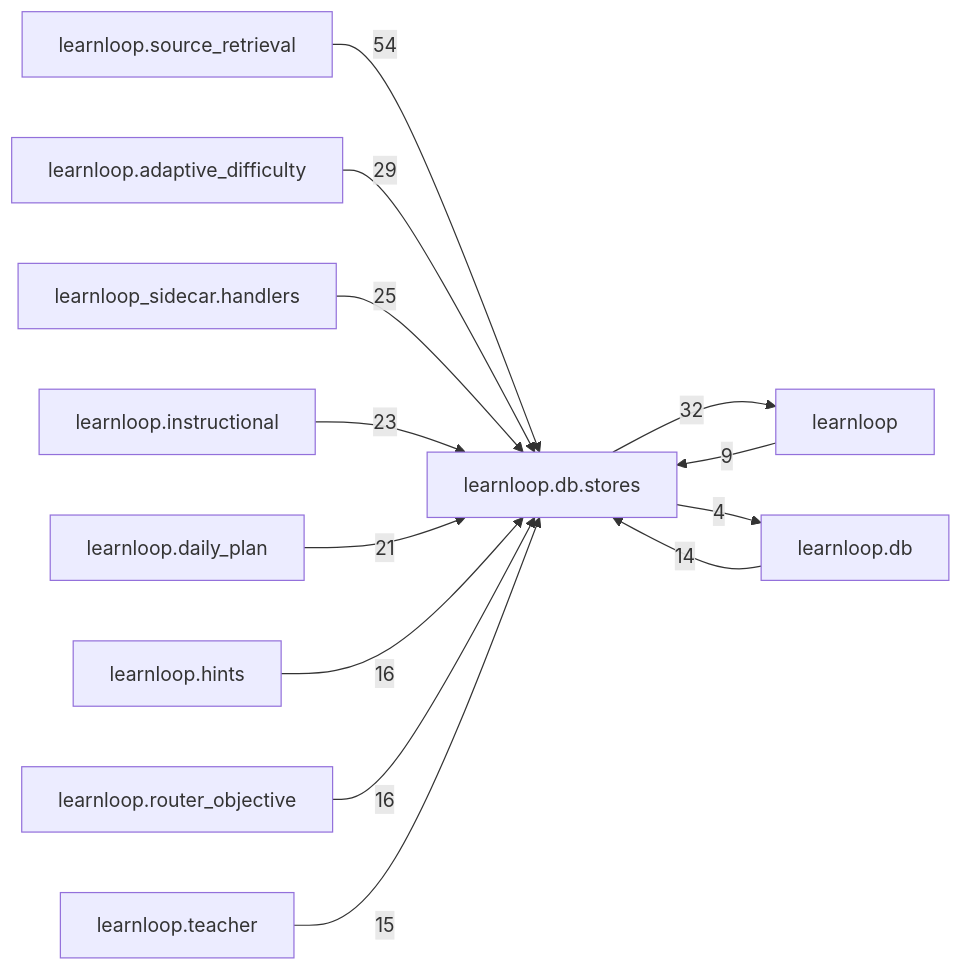
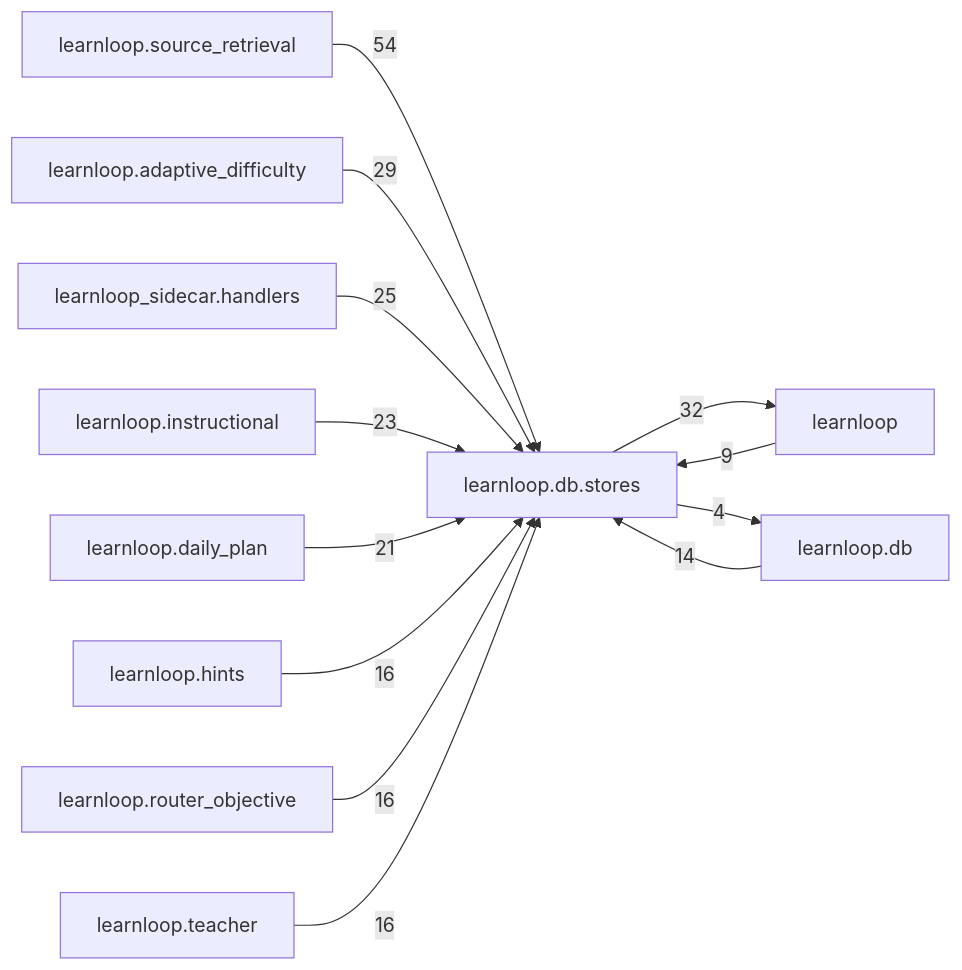
One commit to 6up-b/learnanything changed the diagram in docs/learnloop-architecture-vault/Reference/Modules/learnloop/db/stores/_package.md. Above: the diagram before and after it, drawn with Mermaid. The commit also changed other lines of this file and 567 other files, not shown here.

````diff
--- a/docs/learnloop-architecture-vault/Reference/Modules/learnloop/db/stores/_package.md
+++ b/docs/learnloop-architecture-vault/Reference/Modules/learnloop/db/stores/_package.md
@@ -218,26 +218,26 @@
 ```mermaid
 flowchart LR
     center["learnloop.db.stores"]
     n_learnloop_source_retrieval["learnloop.source_retrieval"]
     n_learnloop["learnloop"]
     n_learnloop_adaptive_difficulty["learnloop.adaptive_difficulty"]
     n_learnloop_sidecar_handlers["learnloop_sidecar.handlers"]
     n_learnloop_instructional["learnloop.instructional"]
     n_learnloop_daily_plan["learnloop.daily_plan"]
     n_learnloop_db["learnloop.db"]
     n_learnloop_hints["learnloop.hints"]
     n_learnloop_router_objective["learnloop.router_objective"]
     n_learnloop_teacher["learnloop.teacher"]
     n_learnloop_source_retrieval -->|54| center
     n_learnloop -->|9| center
     center -->|32| n_learnloop
     n_learnloop_adaptive_difficulty -->|29| center
     n_learnloop_sidecar_handlers -->|25| center
     n_learnloop_instructional -->|23| center
     n_learnloop_daily_plan -->|21| center
     n_learnloop_db -->|14| center
     center -->|4| n_learnloop_db
     n_learnloop_hints -->|16| center
     n_learnloop_router_objective -->|16| center
-    n_learnloop_teacher -->|15| center
+    n_learnloop_teacher -->|16| center
 ```
````
